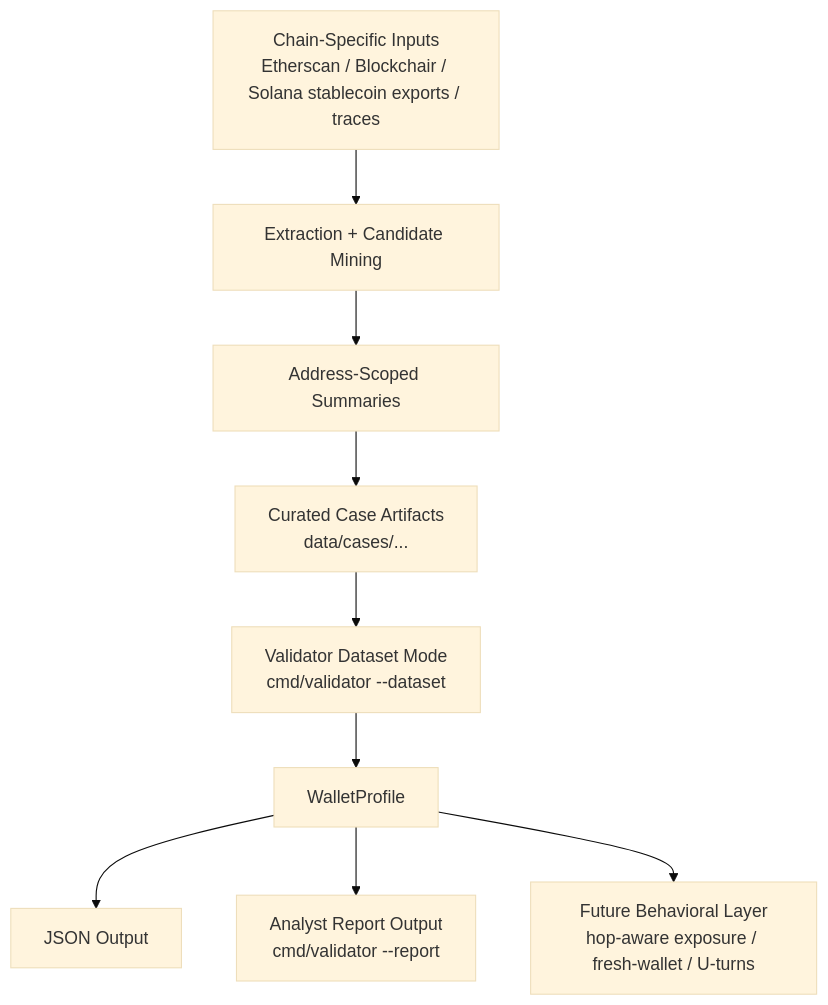
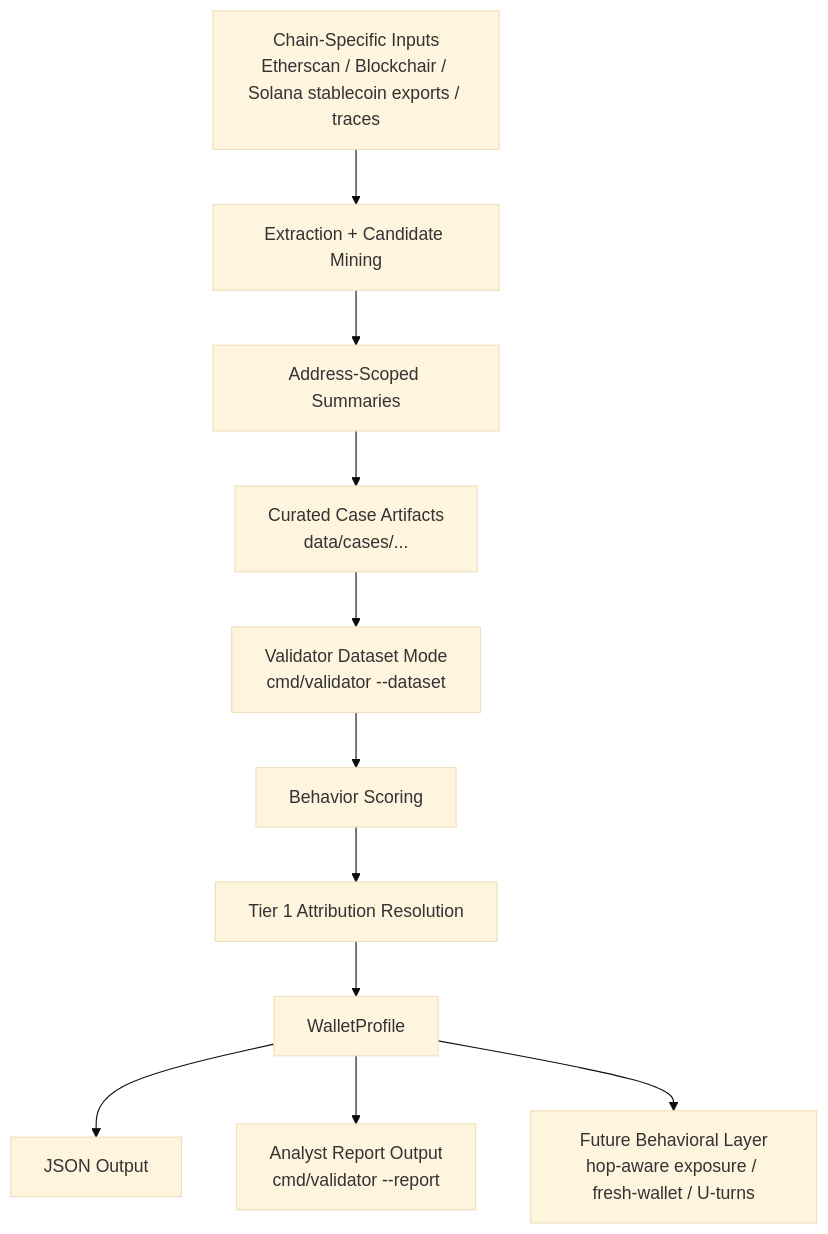
Before and after one commit to piyushdaiya/crypto-profiler: the second of 2 diagrams in ARCHITECTURE.md, drawn with Mermaid (base theme). The commit also changed other lines of this file and 21 other files, not shown here.

Commit message:
feat: add tier1 attribution framework and report-aware scoring

````diff
--- a/ARCHITECTURE.md
+++ b/ARCHITECTURE.md
@@ -130,11 +137,13 @@
 ```mermaid
 flowchart TD
     A["Chain-Specific Inputs<br/>Etherscan / Blockchair / Solana stablecoin exports / traces"] --> B["Extraction + Candidate Mining"]
     B --> C["Address-Scoped Summaries"]
     C --> D["Curated Case Artifacts<br/>data/cases/..."]
     D --> E["Validator Dataset Mode<br/>cmd/validator --dataset"]
-    E --> F["WalletProfile"]
-    F --> G["JSON Output"]
-    F --> H["Analyst Report Output<br/>cmd/validator --report"]
-    F --> I["Future Behavioral Layer<br/>hop-aware exposure / fresh-wallet / U-turns"]
+    E --> F["Behavior Scoring"]
+    F --> G["Tier 1 Attribution Resolution"]
+    G --> H["WalletProfile"]
+    H --> I["JSON Output"]
+    H --> J["Analyst Report Output<br/>cmd/validator --report"]
+    H --> K["Future Behavioral Layer<br/>hop-aware exposure / fresh-wallet / U-turns"]
 ```
````
